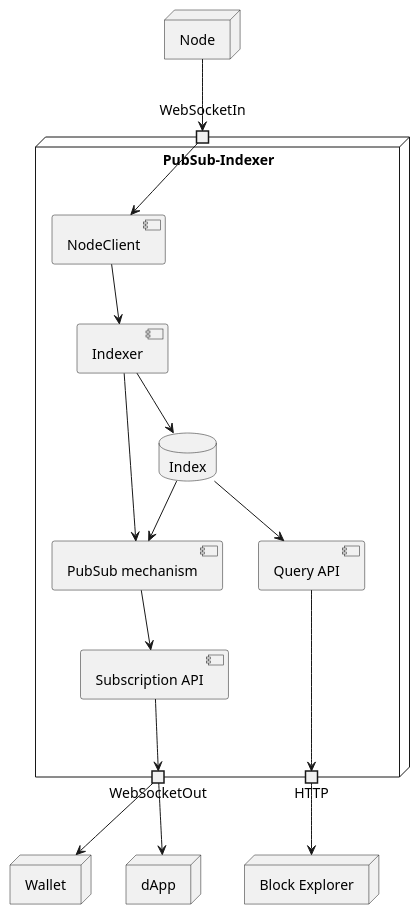
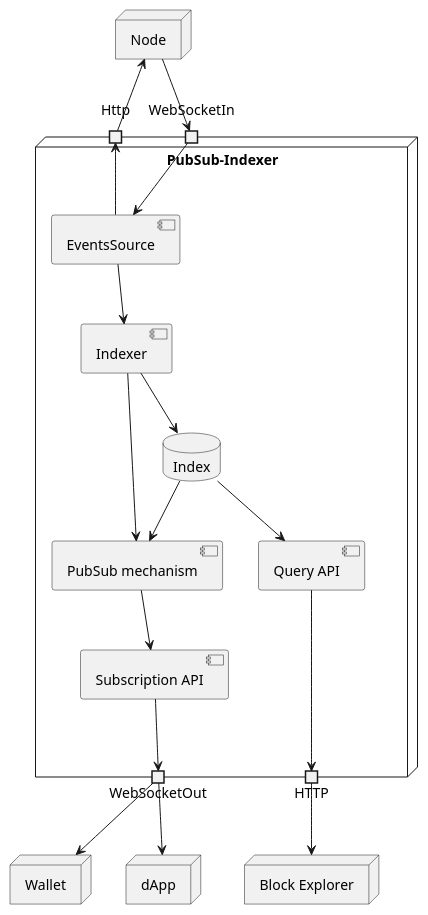
The diagram in components/PubSubIndexer/components.puml (midnightntwrk/midnight-architecture), drawn with PlantUML before and after one commit. The commit also changed 5 other files, not shown here.

```diff
--- a/components/PubSubIndexer/components.puml
+++ b/components/PubSubIndexer/components.puml
@@ -1,33 +1,37 @@
 @startuml
 
 node "Node"
 
 node "PubSub-Indexer" {
+  portin Http
   portin WebSocketIn
   portout WebSocketOut
   portout HTTP
+
   database Index
 
-  WebSocketIn -> [NodeClient]
-  [NodeClient] --> [Indexer]
+  [EventsSource] --> Http
+  WebSocketIn -> [EventsSource]
+  [EventsSource] --> [Indexer]
   [Indexer] --> Index
   [Indexer] --> [PubSub mechanism]
   [Subscription API] ----> WebSocketOut
   Index --> [PubSub mechanism]
   [PubSub mechanism] --> [Subscription API]
   Index --> [Query API]
   [Query API] ---> HTTP
 }
 
 Node --> WebSocketIn
+Http -> Node
 
 node Wallet
 WebSocketOut --> Wallet
 
 node dApp
 WebSocketOut --> dApp
 
 node "Block Explorer" as explorer
 HTTP --> explorer
 
 @enduml
```
